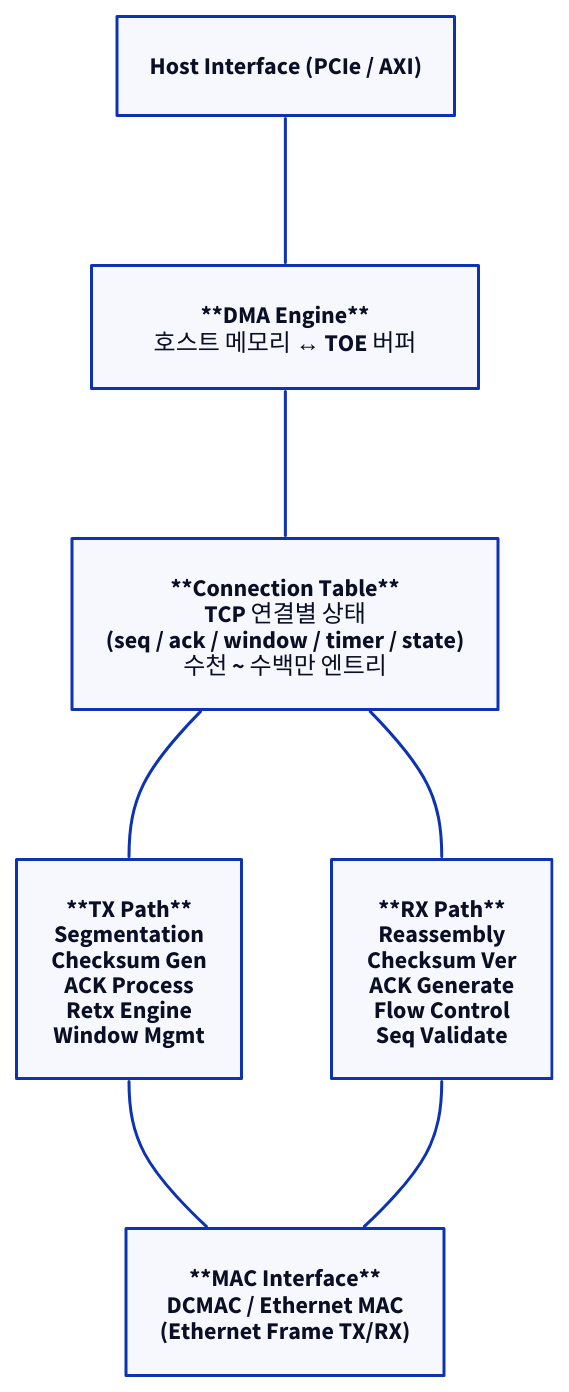
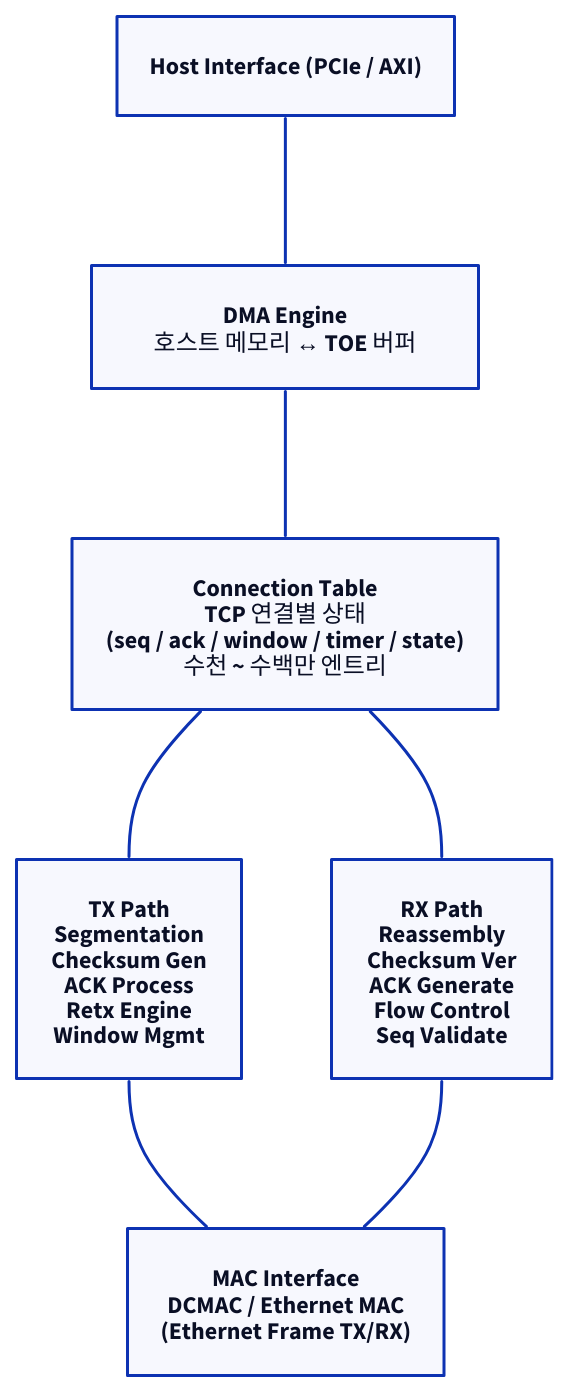
The first of 9 diagrams in starlight_site/src/content/docs/toe/02_toe_architecture.md (humbleowl39/DV_SKOOL), drawn with D2 before and after one commit. The commit also changed other lines of this file and 714 other files, not shown here.

First line of the commit message:
fix(site): d2 다이어그램 가독성 결함 6종 일괄 수정

````diff
--- a/starlight_site/src/content/docs/toe/02_toe_architecture.md
+++ b/starlight_site/src/content/docs/toe/02_toe_architecture.md
@@ -48,16 +48,16 @@
 ```d2
 direction: down
 
 HOST: "Host Interface (PCIe / AXI)"
-DMA: "**DMA Engine**\n호스트 메모리 ↔ TOE 버퍼"
-CT: "**Connection Table**\nTCP 연결별 상태\n(seq / ack / window / timer / state)\n수천 ~ 수백만 엔트리"
-TX: "**TX Path**\nSegmentation\nChecksum Gen\nACK Process\nRetx Engine\nWindow Mgmt"
-RX: "**RX Path**\nReassembly\nChecksum Ver\nACK Generate\nFlow Control\nSeq Validate"
-MAC: "**MAC Interface**\nDCMAC / Ethernet MAC\n(Ethernet Frame TX/RX)"
+DMA: "DMA Engine\n호스트 메모리 ↔ TOE 버퍼"
+CT: "Connection Table\nTCP 연결별 상태\n(seq / ack / window / timer / state)\n수천 ~ 수백만 엔트리"
+TX: "TX Path\nSegmentation\nChecksum Gen\nACK Process\nRetx Engine\nWindow Mgmt"
+RX: "RX Path\nReassembly\nChecksum Ver\nACK Generate\nFlow Control\nSeq Validate"
+MAC: "MAC Interface\nDCMAC / Ethernet MAC\n(Ethernet Frame TX/RX)"
 HOST -- DMA
 DMA -- CT
 CT -- TX
 CT -- RX
 TX -- MAC
 RX -- MAC
 ```
````
